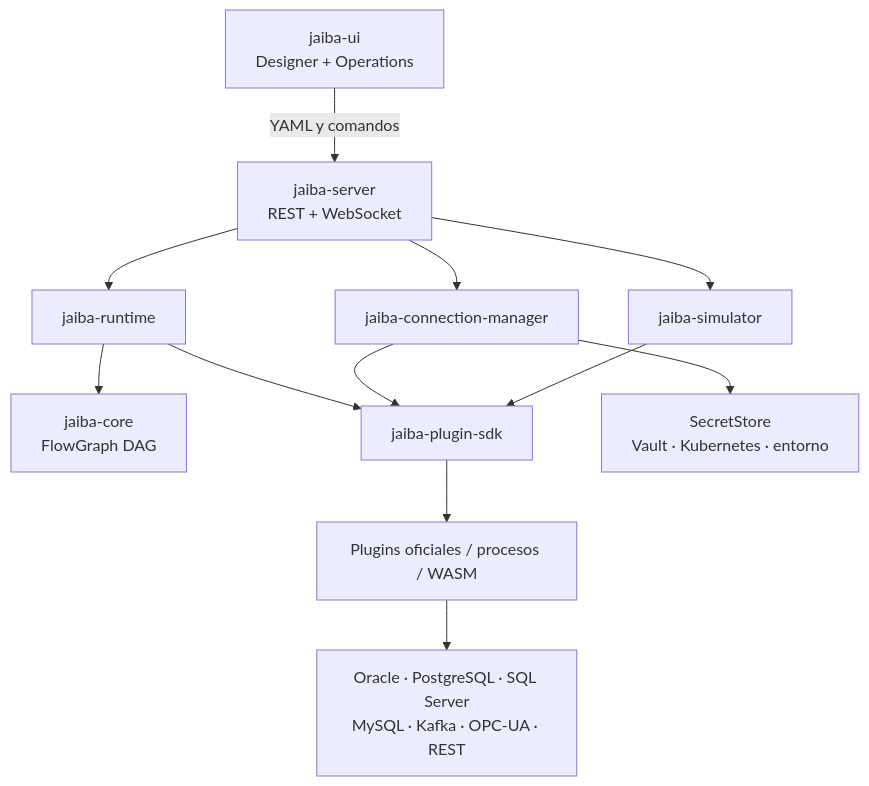
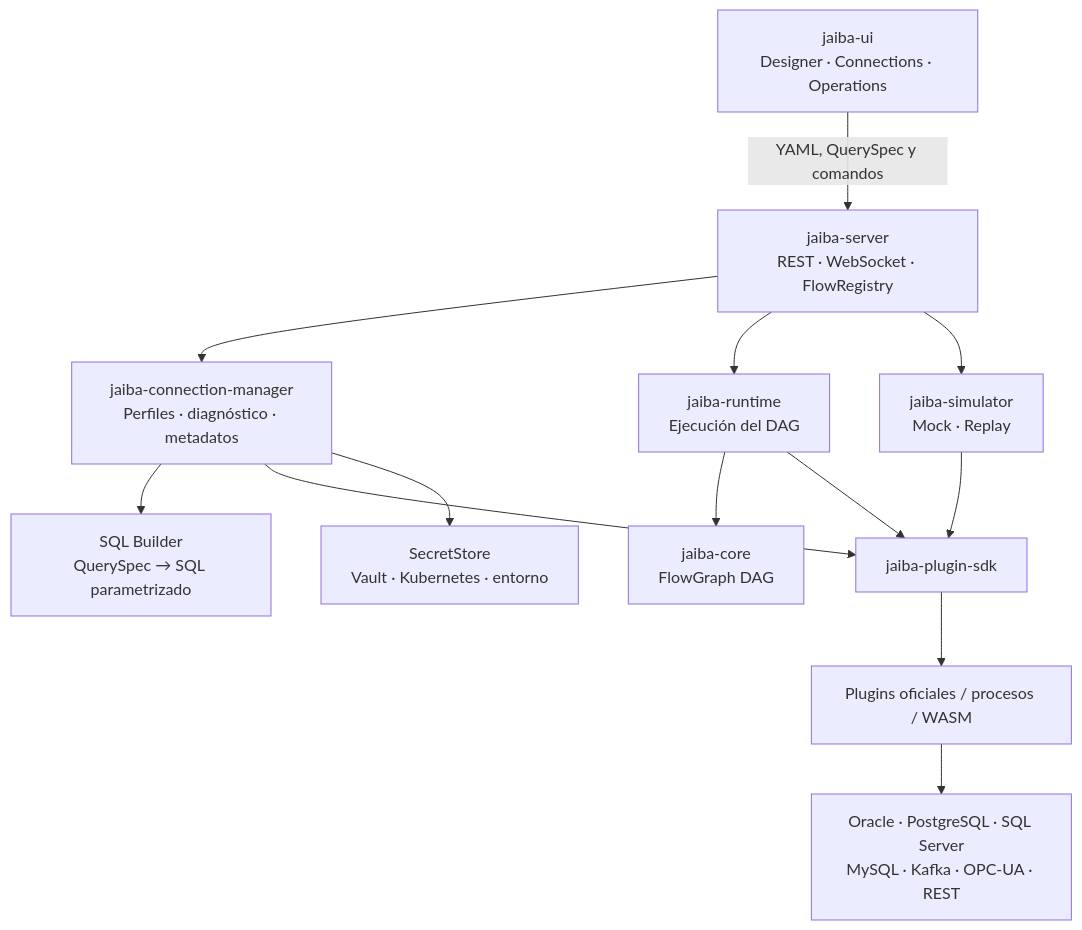
Before and after one commit to dfr2098/jaiva: the first of 2 diagrams in docs/project-vision.md, drawn with Mermaid. The commit also changed other lines of this file and 27 other files, not shown here.

````diff
--- a/docs/project-vision.md
+++ b/docs/project-vision.md
@@ -49,14 +49,22 @@
 ```mermaid
 flowchart TB
-    UI["jaiba-ui<br/>Designer + Operations"] -->|YAML y comandos| SERVER["jaiba-server<br/>REST + WebSocket"]
-    SERVER --> CM["jaiba-connection-manager"]
-    SERVER --> RUNTIME["jaiba-runtime"]
-    SERVER --> SIM["jaiba-simulator"]
+    UI["jaiba-ui<br/>Designer · Connections · Operations"]
+    SERVER["jaiba-server<br/>REST · WebSocket · FlowRegistry"]
+    CM["jaiba-connection-manager<br/>Perfiles · diagnóstico · metadatos"]
+    SQL["SQL Builder<br/>QuerySpec → SQL parametrizado"]
+    RUNTIME["jaiba-runtime<br/>Ejecución del DAG"]
+    SIM["jaiba-simulator<br/>Mock · Replay"]
+
+    UI -->|YAML, QuerySpec y comandos| SERVER
+    SERVER --> CM
+    CM --> SQL
+    SERVER --> RUNTIME
+    SERVER --> SIM
     RUNTIME --> CORE["jaiba-core<br/>FlowGraph DAG"]
     RUNTIME --> SDK["jaiba-plugin-sdk"]
     CM --> SDK
     SIM --> SDK
     SDK --> PLUGINS["Plugins oficiales / procesos / WASM"]
     CM --> SECRETS["SecretStore<br/>Vault · Kubernetes · entorno"]
     PLUGINS --> SYSTEMS["Oracle · PostgreSQL · SQL Server<br/>MySQL · Kafka · OPC-UA · REST"]
 ```
````
